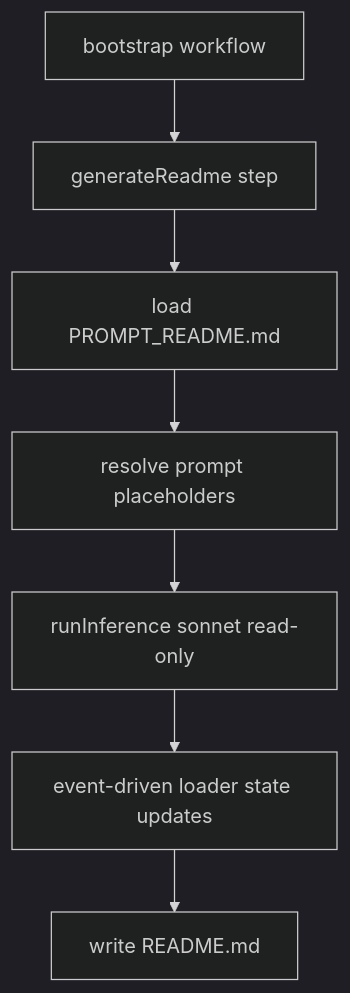
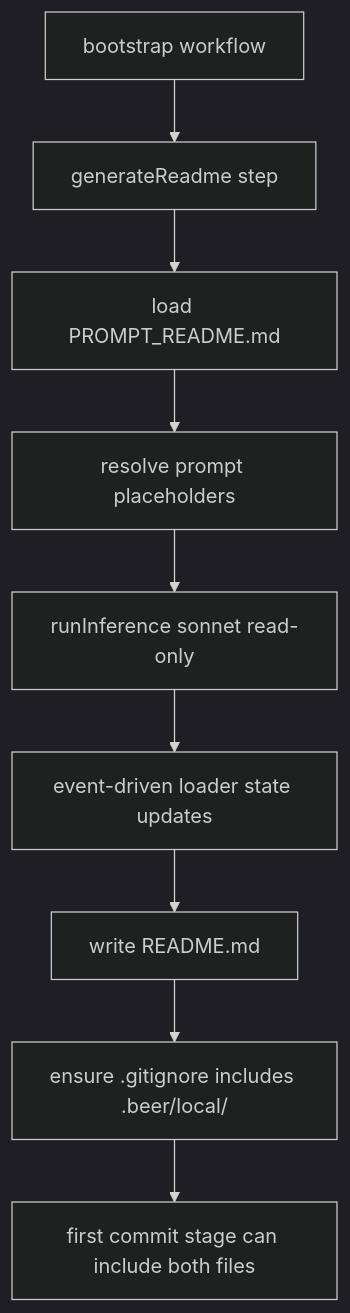
One commit to ex3ndr/holdmybeer changed the diagram in doc/readme-step-move.md. Above: the diagram before and after it, drawn with Mermaid (dark theme). The commit also changed other lines of this file and 4 other files, not shown here.

Commit message:
fix(bootstrap): ensure gitignore in readme phase before first commit

````diff
--- a/doc/readme-step-move.md
+++ b/doc/readme-step-move.md
@@ -7,9 +7,11 @@
 ```mermaid
 flowchart TD
   A[bootstrap workflow] --> B[generateReadme step]
   B --> C[load PROMPT_README.md]
   C --> D[resolve prompt placeholders]
   D --> E[runInference sonnet read-only]
   E --> F[event-driven loader state updates]
   F --> G[write README.md]
+  G --> H[ensure .gitignore includes .beer/local/]
+  H --> I[first commit stage can include both files]
 ```
````
